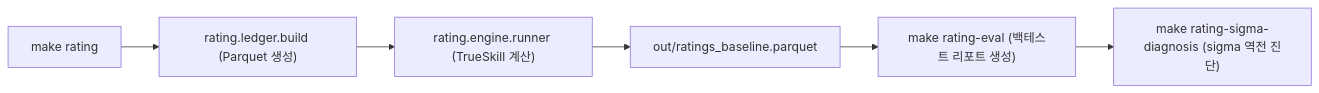
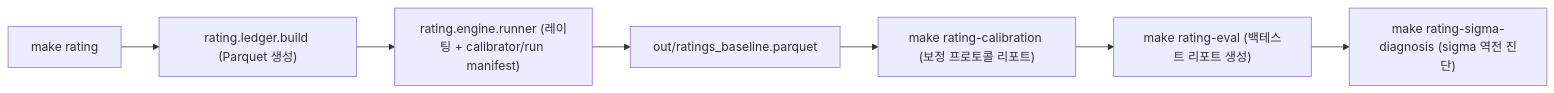
One commit to es-kimo/splits changed the fifth of 6 diagrams in docs/pipeline_runbook.md. Above: the diagram before and after it, drawn with Mermaid. The commit also changed other lines of this file and 19 other files, not shown here.

````diff
--- a/docs/pipeline_runbook.md
+++ b/docs/pipeline_runbook.md
@@ -168,8 +181,9 @@
 ```mermaid
 flowchart LR
     A["make rating"] --> B["rating.ledger.build (Parquet 생성)"]
-    B --> C["rating.engine.runner (TrueSkill 계산)"]
+    B --> C["rating.engine.runner (레이팅 + calibrator/run manifest)"]
     C --> D["out/ratings_baseline.parquet"]
-    D --> E["make rating-eval (백테스트 리포트 생성)"]
-    E --> F["make rating-sigma-diagnosis (sigma 역전 진단)"]
+    D --> E["make rating-calibration (보정 프로토콜 리포트)"]
+    E --> F["make rating-eval (백테스트 리포트 생성)"]
+    F --> G["make rating-sigma-diagnosis (sigma 역전 진단)"]
 ```
````
